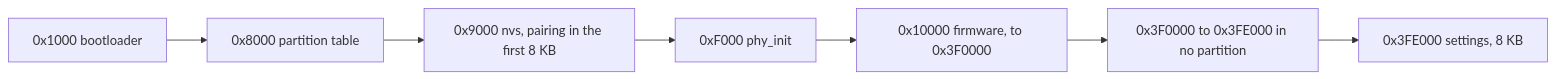
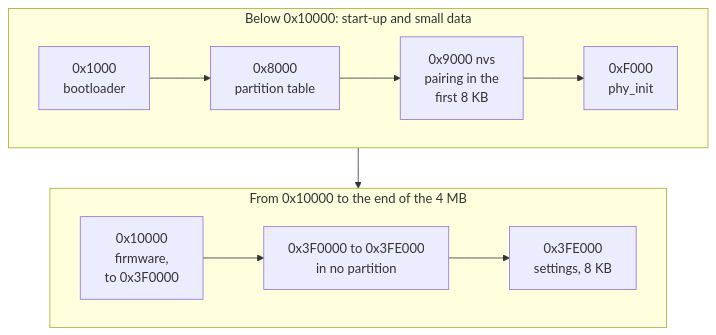
One commit to hudson-bruno/pocketme changed the second of 3 diagrams in docs/hardware.md. Above: the diagram before and after it, drawn with Mermaid. The commit also changed other lines of this file and 2 other files, not shown here.

Commit message:
docs: lay the wide diagrams out in rows
The picture path, the memory map, the partitions and the chip build
were single long chains: on GitHub they came out as tiny text or as a
very tall column. Each is now two or three short rows; the labels and
numbers are unchanged. The reconnect-only chain gets fixed line breaks.

````diff
--- a/docs/hardware.md
+++ b/docs/hardware.md
@@ -215,9 +215,15 @@
 ```mermaid
-flowchart LR
-    B["0x1000 bootloader"] --> T["0x8000 partition table"]
-    T --> N["0x9000 nvs, pairing in the first 8 KB"]
-    N --> P["0xF000 phy_init"]
-    P --> A["0x10000 firmware, to 0x3F0000"]
-    A --> G["0x3F0000 to 0x3FE000 in no partition"]
-    G --> S["0x3FE000 settings, 8 KB"]
+flowchart TB
+    subgraph LOW["Below 0x10000: start-up and small data"]
+        direction LR
+        B["0x1000<br>bootloader"] --> T["0x8000<br>partition table"]
+        T --> N["0x9000 nvs<br>pairing in the<br>first 8 KB"]
+        N --> P["0xF000<br>phy_init"]
+    end
+    subgraph HIGH["From 0x10000 to the end of the 4 MB"]
+        direction LR
+        A["0x10000<br>firmware,<br>to 0x3F0000"] --> G["0x3F0000 to 0x3FE000<br>in no partition"]
+        G --> S["0x3FE000<br>settings, 8 KB"]
+    end
+    LOW --> HIGH
 ```
````
